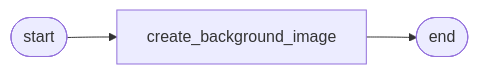
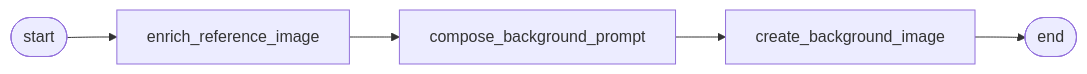
One commit to awnt9/storybook_agent changed the second of 3 diagrams in docs/ARCHITECTURE.md. Above: the diagram before and after it, drawn with Mermaid. The commit also changed other lines of this file and 3 other files, not shown here.

Commit message:
docs: update architecture and agent guides for new pipeline

````diff
--- a/docs/ARCHITECTURE.md
+++ b/docs/ARCHITECTURE.md
@@ -121,5 +131,7 @@
 ```mermaid
 flowchart LR
-    START([start]) --> BG[create_background_image]
+    START([start]) --> ENRICH[enrich_reference_image]
+    ENRICH --> PLAN[compose_background_prompt]
+    PLAN --> BG[create_background_image]
     BG --> END([end])
 ```
````
